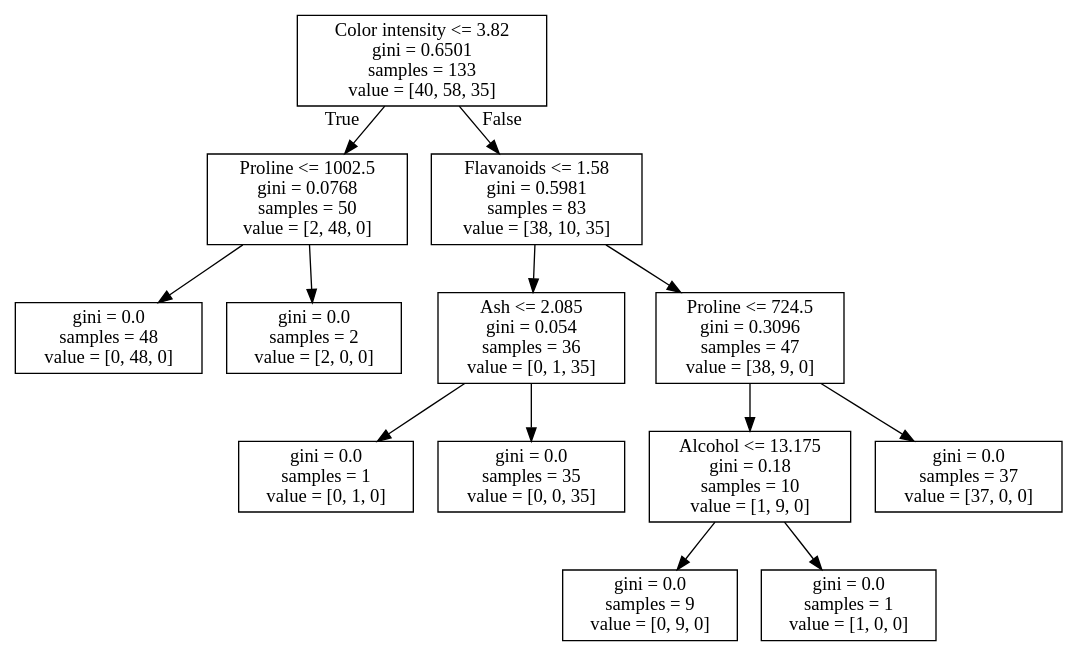
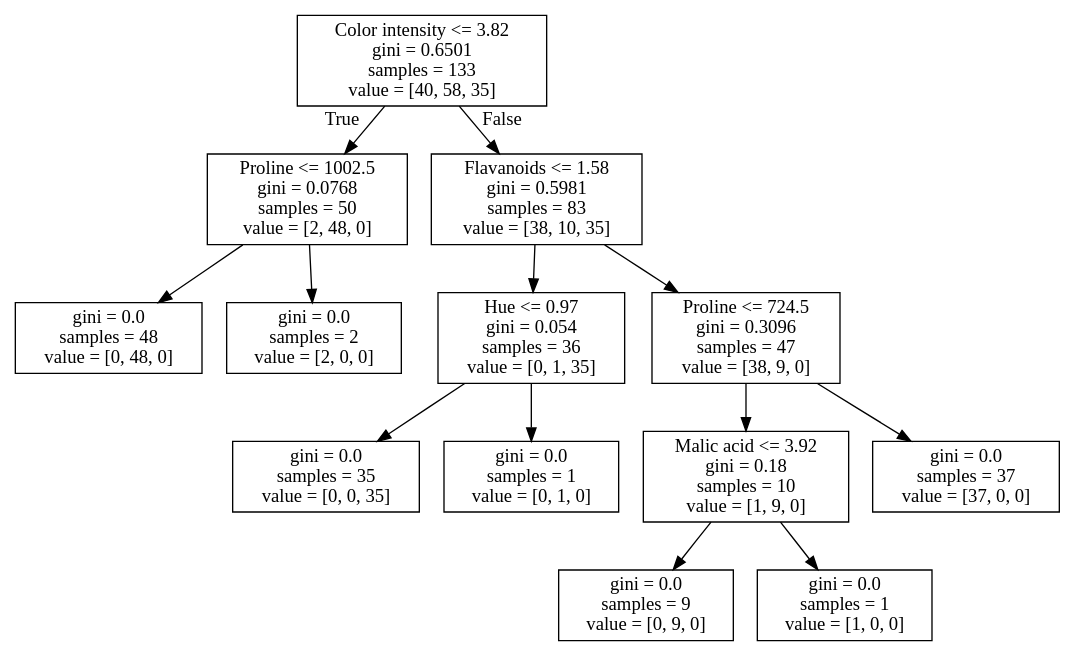
One commit to AnilKumarTeegala/DSE220_Machine_Learning changed the diagram in IPynb/workfile.dot. Above: the diagram before and after it, drawn with Graphviz. The commit also changed 8 other files, not shown here.

```diff
--- a/IPynb/workfile.dot
+++ b/IPynb/workfile.dot
@@ -1,28 +1,28 @@
 digraph Tree {
 node [shape=box] ;
 0 [label="Color intensity <= 3.82\ngini = 0.6501\nsamples = 133\nvalue = [40, 58, 35]"] ;
 1 [label="Proline <= 1002.5\ngini = 0.0768\nsamples = 50\nvalue = [2, 48, 0]"] ;
 0 -> 1 [labeldistance=2.5, labelangle=45, headlabel="True"] ;
 2 [label="gini = 0.0\nsamples = 48\nvalue = [0, 48, 0]"] ;
 1 -> 2 ;
 3 [label="gini = 0.0\nsamples = 2\nvalue = [2, 0, 0]"] ;
 1 -> 3 ;
 4 [label="Flavanoids <= 1.58\ngini = 0.5981\nsamples = 83\nvalue = [38, 10, 35]"] ;
 0 -> 4 [labeldistance=2.5, labelangle=-45, headlabel="False"] ;
-5 [label="Ash <= 2.085\ngini = 0.054\nsamples = 36\nvalue = [0, 1, 35]"] ;
+5 [label="Hue <= 0.97\ngini = 0.054\nsamples = 36\nvalue = [0, 1, 35]"] ;
 4 -> 5 ;
-6 [label="gini = 0.0\nsamples = 1\nvalue = [0, 1, 0]"] ;
+6 [label="gini = 0.0\nsamples = 35\nvalue = [0, 0, 35]"] ;
 5 -> 6 ;
-7 [label="gini = 0.0\nsamples = 35\nvalue = [0, 0, 35]"] ;
+7 [label="gini = 0.0\nsamples = 1\nvalue = [0, 1, 0]"] ;
 5 -> 7 ;
 8 [label="Proline <= 724.5\ngini = 0.3096\nsamples = 47\nvalue = [38, 9, 0]"] ;
 4 -> 8 ;
-9 [label="Alcohol <= 13.175\ngini = 0.18\nsamples = 10\nvalue = [1, 9, 0]"] ;
+9 [label="Malic acid <= 3.92\ngini = 0.18\nsamples = 10\nvalue = [1, 9, 0]"] ;
 8 -> 9 ;
 10 [label="gini = 0.0\nsamples = 9\nvalue = [0, 9, 0]"] ;
 9 -> 10 ;
 11 [label="gini = 0.0\nsamples = 1\nvalue = [1, 0, 0]"] ;
 9 -> 11 ;
 12 [label="gini = 0.0\nsamples = 37\nvalue = [37, 0, 0]"] ;
 8 -> 12 ;
 }
```
